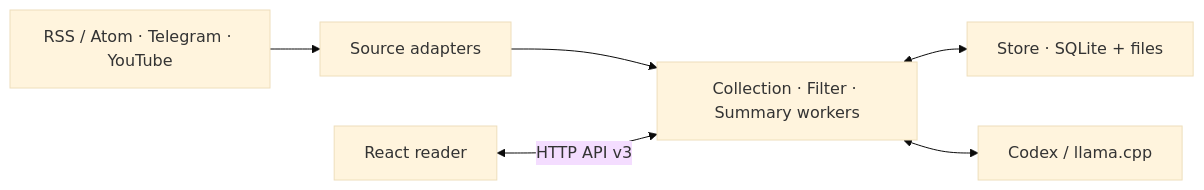
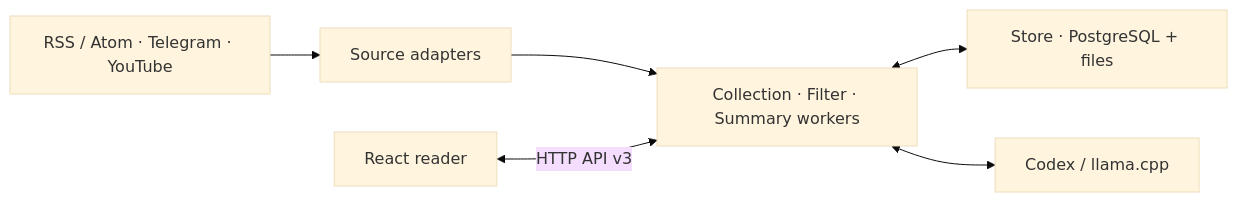
The diagram in README.md (tgenman/oko), drawn with Mermaid (base theme) before and after one commit. The commit also changed other lines of this file and 150 other files, not shown here.

Commit message:
refactor: make PostgreSQL the only Oko storage

````diff
--- a/README.md
+++ b/README.md
@@ -69,8 +71,8 @@
 ```mermaid
 flowchart LR
     Sources[RSS / Atom · Telegram · YouTube] --> Collection[Source adapters]
     Collection --> Workers[Collection · Filter · Summary workers]
     Browser[React reader] <-->|HTTP API v3| Workers
-    Workers <--> Store[Store · SQLite + files]
+    Workers <--> Store[Store · PostgreSQL + files]
     Workers <--> Models[Codex / llama.cpp]
 ```
````
